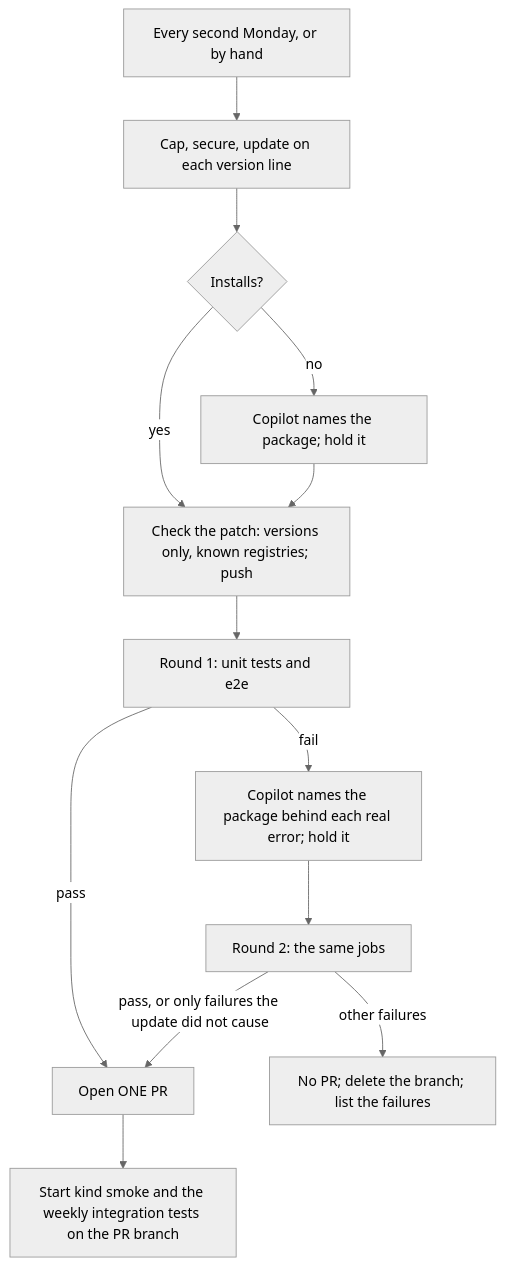
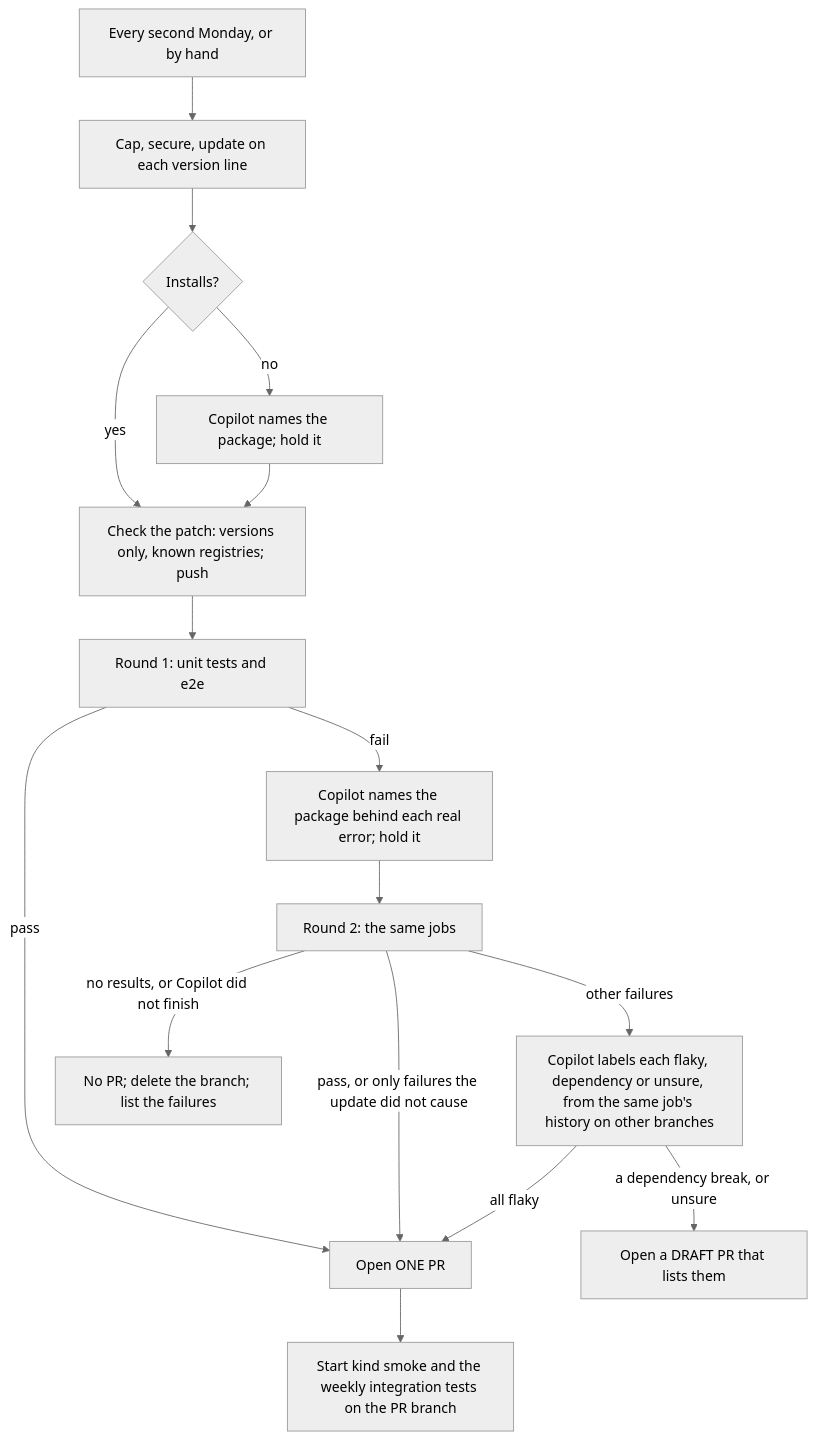
One commit to yaalalabs/agent-kernel changed the diagram in docs/specs/659-824-dependency-workflows/design.md. Above: the diagram before and after it, drawn with Mermaid (neutral theme). The commit also changed other lines of this file and 4 other files, not shown here.

Commit message:
ci(deps): judge round 2 failures with Copilot; open a draft PR when unexplained

````diff
--- a/docs/specs/659-824-dependency-workflows/design.md
+++ b/docs/specs/659-824-dependency-workflows/design.md
@@ -20,15 +20,18 @@
 ```mermaid
 flowchart TD
     A[Every second Monday, or by hand] --> B[Cap, secure, update on each version line]
     B --> C{Installs?}
     C -- no --> D[Copilot names the package; hold it]
     C -- yes --> P
     D --> P[Check the patch: versions only, known registries; push]
     P --> E[Round 1: unit tests and e2e]
     E -- pass --> M[Open ONE PR]
     E -- fail --> F[Copilot names the package behind each real error; hold it]
     F --> G[Round 2: the same jobs]
     G -- pass, or only failures the update did not cause --> M
-    G -- other failures --> N[No PR; delete the branch; list the failures]
+    G -- other failures --> J[Copilot labels each flaky, dependency or unsure, from the same job's history on other branches]
+    J -- all flaky --> M
+    J -- a dependency break, or unsure --> R[Open a DRAFT PR that lists them]
+    G -- no results, or Copilot did not finish --> N[No PR; delete the branch; list the failures]
     M --> I[Start kind smoke and the weekly integration tests on the PR branch]
 ```
````
